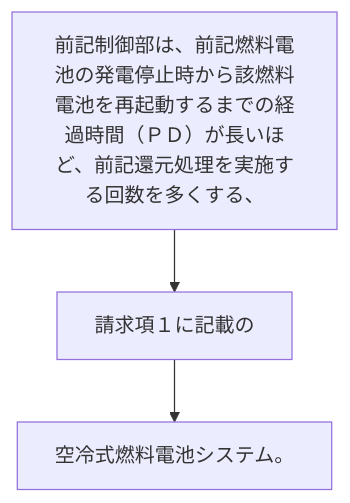
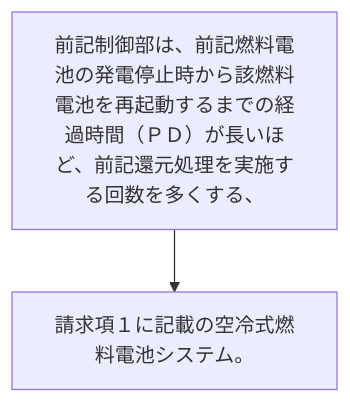
Before and after one commit to shinmori55/patent_analyzed: the diagram in 2024/JP2024017767A/claim_2/README.md, drawn with Mermaid. The commit also changed 336 other files, not shown here.

````diff
--- a/2024/JP2024017767A/claim_2/README.md
+++ b/2024/JP2024017767A/claim_2/README.md
@@ -2,8 +2,6 @@
 ```mermaid
 flowchart TD
 A[前記制御部は、前記燃料電池の発電停止時から該燃料電池を再起動するまでの経過時間（ＰＤ）が長いほど、前記還元処理を実施する回数を多くする、]
-B[請求項１に記載の]
-C[空冷式燃料電池システム。]
+B[請求項１に記載の空冷式燃料電池システム。]
 A --> B
-B --> C
 ```
````
